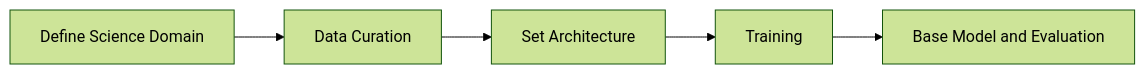
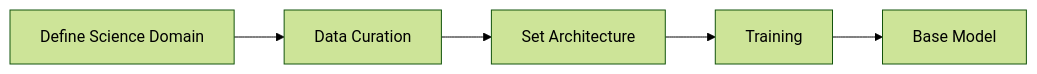
One commit to JieGroup/GenAI changed the first of 2 diagrams in docs/source/alignment/index.md. Above: the diagram before and after it, drawn with Mermaid (forest theme). The commit also changed other lines of this file, not shown here.

````diff
--- a/docs/source/alignment/index.md
+++ b/docs/source/alignment/index.md
@@ -6,7 +7,7 @@
 ```mermaid
 graph LR
     UseCase[Define Science Domain] --> DataCuration[Data Curation]
     DataCuration --> Architecture[Set Architecture]
     Architecture --> Training[Training]
-    Training --> Base[Base Model and Evaluation]
+    Training --> Base[Base Model]
 ```
````
